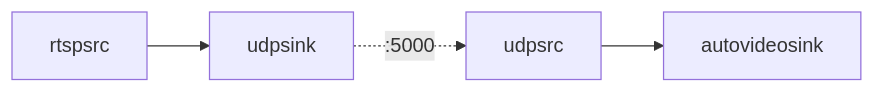
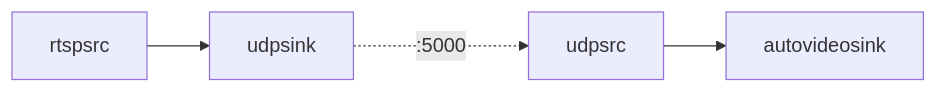
The fourth of 18 diagrams in helper_GStreamer.md (lankahsu520/HelperX), drawn with Mermaid before and after one commit. The commit also changed other lines of this file and 1 other file, not shown here.

````diff
--- a/helper_GStreamer.md
+++ b/helper_GStreamer.md
@@ -98,12 +99,12 @@
 ```mermaid
 flowchart LR
 	rtspsrc[rtspsrc]
 	udpsink[udpsink]
 
 	udpsrc[udpsrc]
 	autovideosink[autovideosink]
 
 	rtspsrc --> udpsink
-	udpsink-. :5000 .->udpsrc
+	udpsink ..-> |:5000| udpsrc
 	udpsrc --> autovideosink
 ```
````
